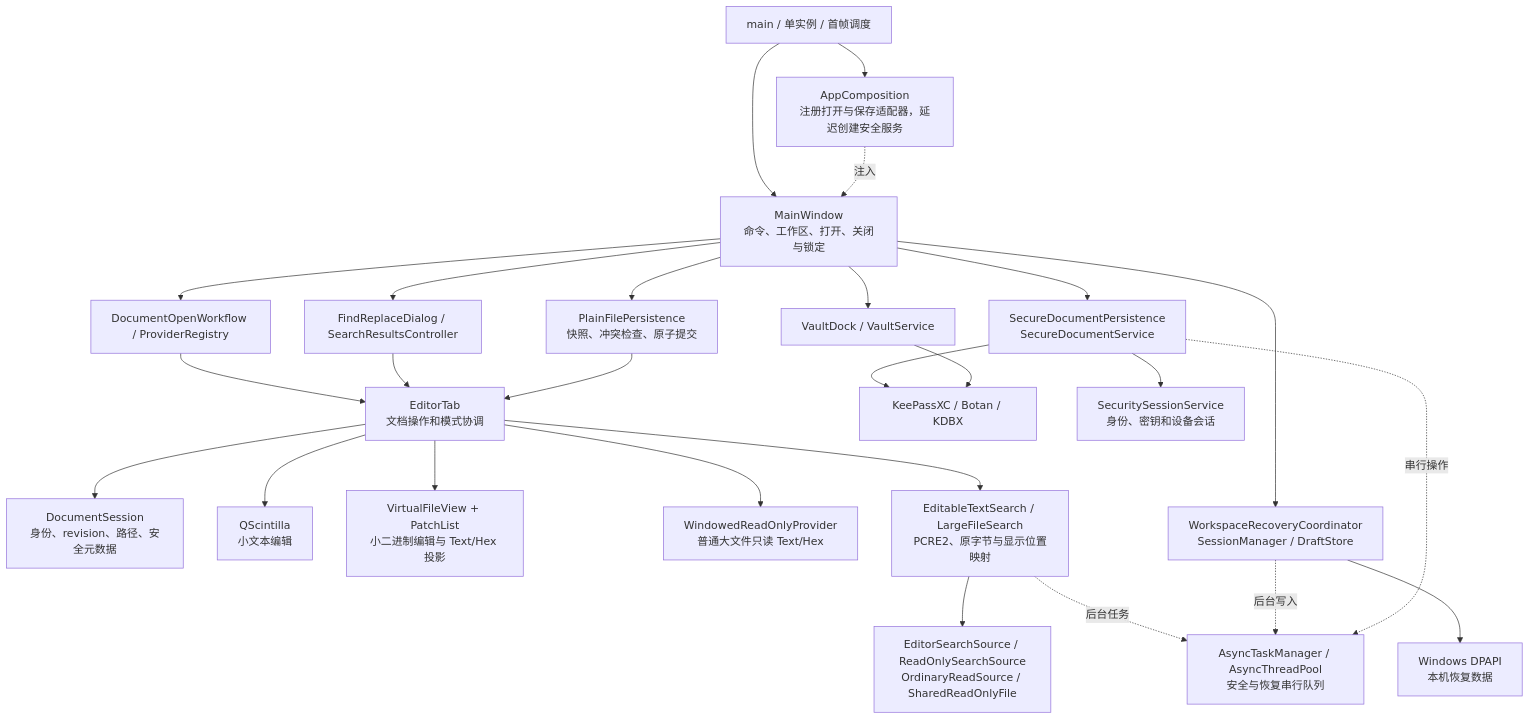
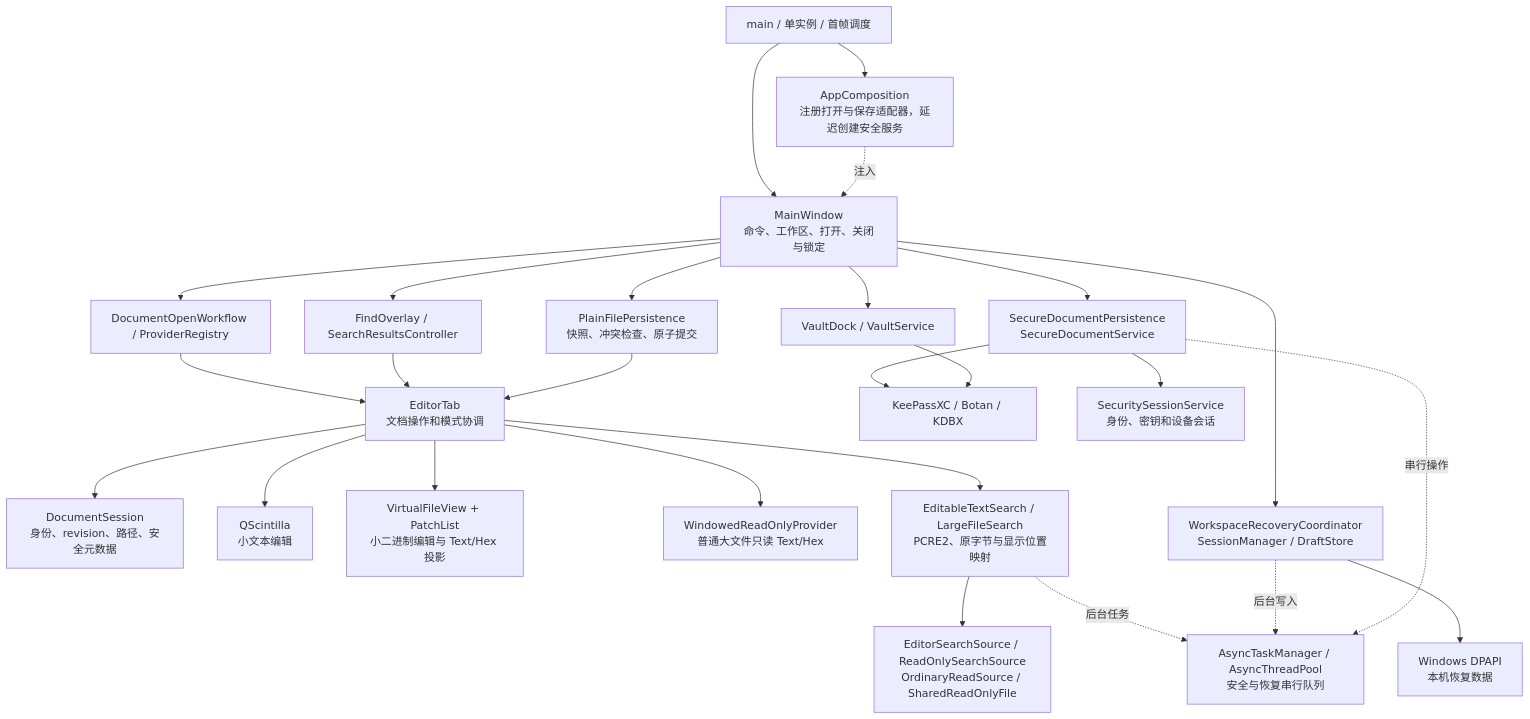
One commit to iwandac/Notepad-Safe changed the diagram in docs/DESIGN.md. Above: the diagram before and after it, drawn with Mermaid. The commit also changed 31 other files, not shown here.

First line of the commit message:
feat(search): find panel over the document area with live search

````diff
--- a/docs/DESIGN.md
+++ b/docs/DESIGN.md
@@ -13,28 +13,28 @@
 ```mermaid
 flowchart TD
     Entry["main / 单实例 / 首帧调度"] --> Composition["AppComposition<br/>注册打开与保存适配器，延迟创建安全服务"]
     Entry --> Window["MainWindow<br/>命令、工作区、打开、关闭与锁定"]
     Composition -.注入.-> Window
     Window --> Open["DocumentOpenWorkflow / ProviderRegistry"]
     Open --> Tab["EditorTab<br/>文档操作和模式协调"]
     Tab --> State["DocumentSession<br/>身份、revision、路径、安全元数据"]
     Tab --> Text["QScintilla<br/>小文本编辑"]
     Tab --> Binary["VirtualFileView + PatchList<br/>小二进制编辑与 Text/Hex 投影"]
     Tab --> Large["WindowedReadOnlyProvider<br/>普通大文件只读 Text/Hex"]
-    Window --> SearchUI["FindReplaceDialog / SearchResultsController"]
+    Window --> SearchUI["FindOverlay / SearchResultsController"]
     SearchUI --> Tab
     Tab --> Search["EditableTextSearch / LargeFileSearch<br/>PCRE2、原字节与显示位置映射"]
     Search --> Read["EditorSearchSource / ReadOnlySearchSource<br/>OrdinaryReadSource / SharedReadOnlyFile"]
     Window --> Plain["PlainFilePersistence<br/>快照、冲突检查、原子提交"]
     Plain --> Tab
     Window --> Secure["SecureDocumentPersistence<br/>SecureDocumentService"]
     Window --> Vault["VaultDock / VaultService"]
     Secure --> Backend["KeePassXC / Botan / KDBX"]
     Vault --> Backend
     Secure --> Identity["SecuritySessionService<br/>身份、密钥和设备会话"]
     Window --> Recovery["WorkspaceRecoveryCoordinator<br/>SessionManager / DraftStore"]
     Recovery --> DPAPI["Windows DPAPI<br/>本机恢复数据"]
     Search -.后台任务.-> Async["AsyncTaskManager / AsyncThreadPool<br/>安全与恢复串行队列"]
     Recovery -.后台写入.-> Async
     Secure -.串行操作.-> Async
 ```
````
